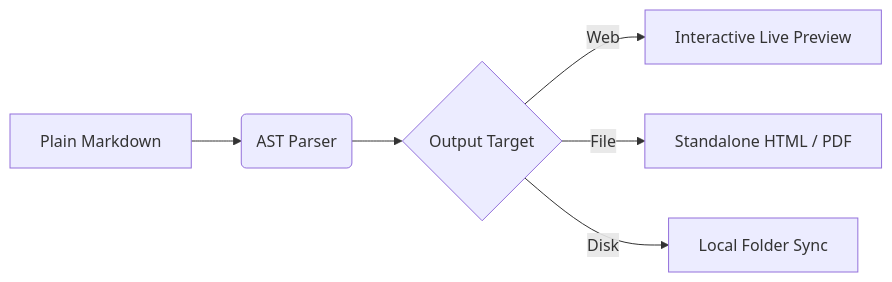
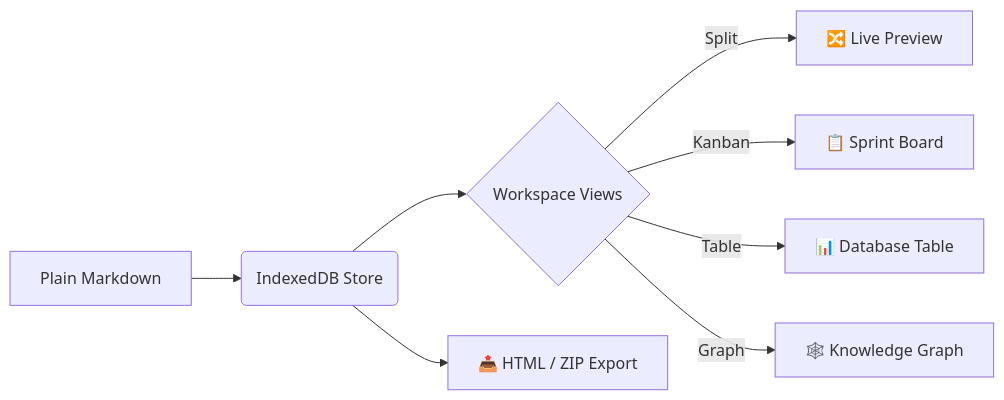
Before and after one commit to Subhrangsu90/markdown-view: the diagram in README.md, drawn with Mermaid. The commit also changed other lines of this file and 7 other files, not shown here.

Commit message:
docs: add DOCUMENTATION.md and update welcome guide with IndexedDB and export architecture

````diff
--- a/README.md
+++ b/README.md
@@ -47,8 +79,10 @@
 ```mermaid
 graph LR
-    A[Plain Markdown] --> B(AST Parser)
-    B --> C{Output Target}
-    C -->|Web| D[Interactive Live Preview]
-    C -->|File| E[Standalone HTML / PDF]
-    C -->|Disk| F[Local Folder Sync]
+    A[Plain Markdown] --> B(IndexedDB Store)
+    B --> C{Workspace Views}
+    C -->|Split| D[🔀 Live Preview]
+    C -->|Kanban| E[📋 Sprint Board]
+    C -->|Table| F[📊 Database Table]
+    C -->|Graph| G[🕸️ Knowledge Graph]
+    B --> H[📤 HTML / ZIP Export]
 ```
````
